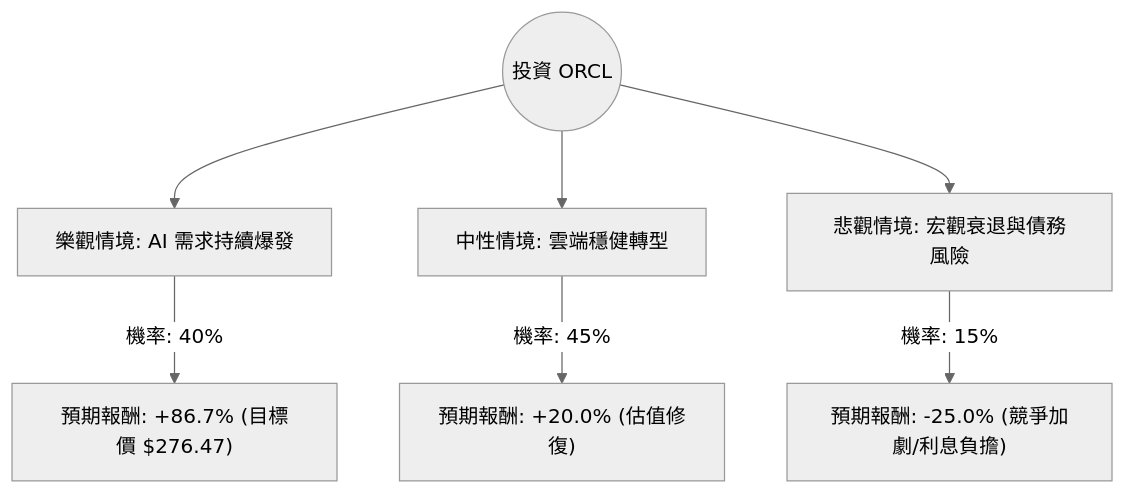
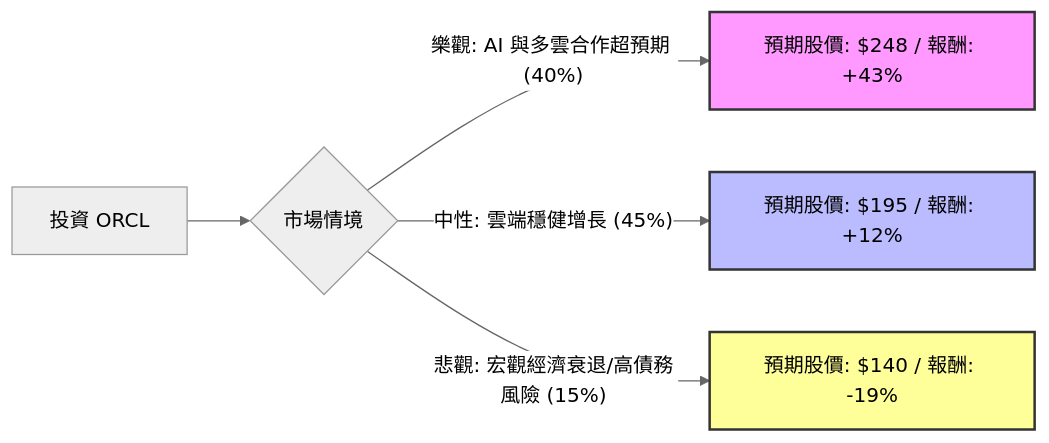
One commit to zmcx16/zmcx16.github.io changed the diagram in plugin-react/ai-analysis/ev-analysis/ORCL.md. Above: the diagram before and after it, drawn with Mermaid (neutral theme). The commit also changed other lines of this file and 51 other files, not shown here.

````diff
--- a/plugin-react/ai-analysis/ev-analysis/ORCL.md
+++ b/plugin-react/ai-analysis/ev-analysis/ORCL.md
@@ -16,10 +21,12 @@
 ```mermaid
-graph TD
-    Start((投資 ORCL)) --> Bull[樂觀情境: AI 需求持續爆發]
-    Start --> Base[中性情境: 雲端穩健轉型]
-    Start --> Bear[悲觀情境: 宏觀衰退與債務風險]
+graph LR
+    A[投資 ORCL] --> B{市場情境}
+    
+    B -- 樂觀: AI 與多雲合作超預期 (40%) --> C[預期股價: $248 / 報酬: +43%]
+    B -- 中性: 雲端穩健增長 (45%) --> D[預期股價: $195 / 報酬: +12%]
+    B -- 悲觀: 宏觀經濟衰退/高債務風險 (15%) --> E[預期股價: $140 / 報酬: -19%]
 
-    Bull -- "機率: 40%" --> BullVal["預期報酬: +86.7% (目標價 $276.47)"]
-    Base -- "機率: 45%" --> BaseVal["預期報酬: +20.0% (估值修復)"]
-    Bear -- "機率: 15%" --> BearVal["預期報酬: -25.0% (競爭加劇/利息負擔)"]
+    style C fill:#f9f,stroke:#333,stroke-width:2px
+    style D fill:#bbf,stroke:#333,stroke-width:2px
+    style E fill:#ff9,stroke:#333,stroke-width:2px
 ```
````
